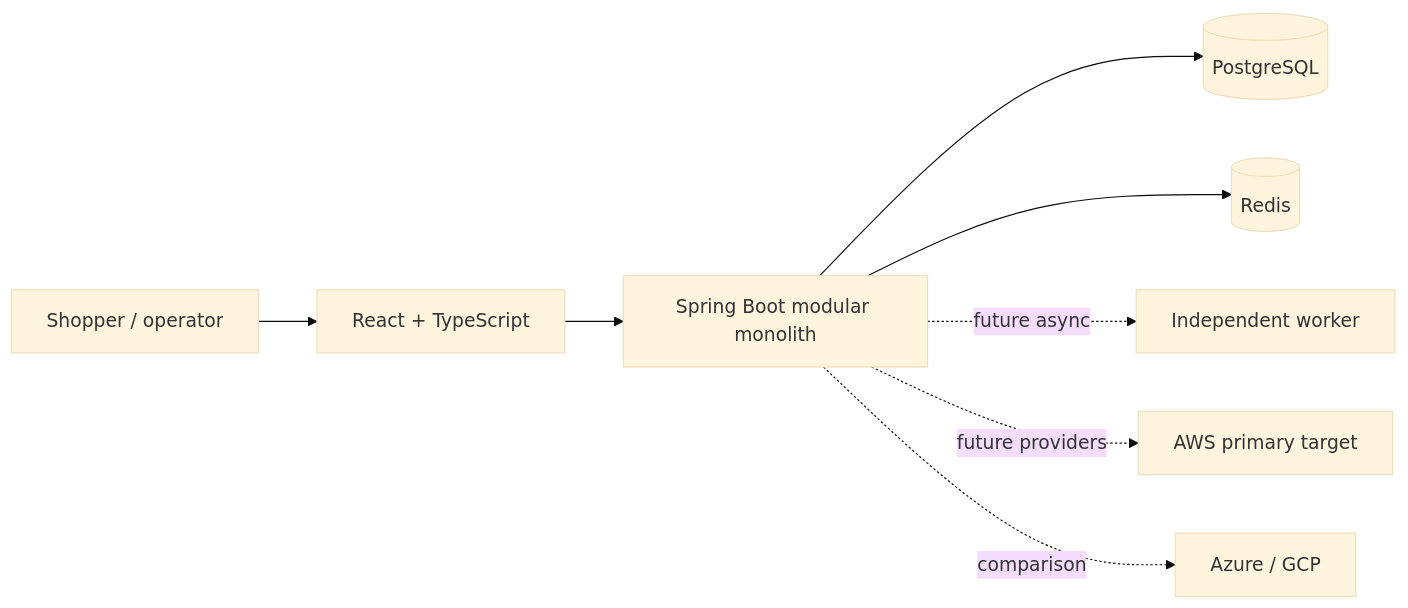
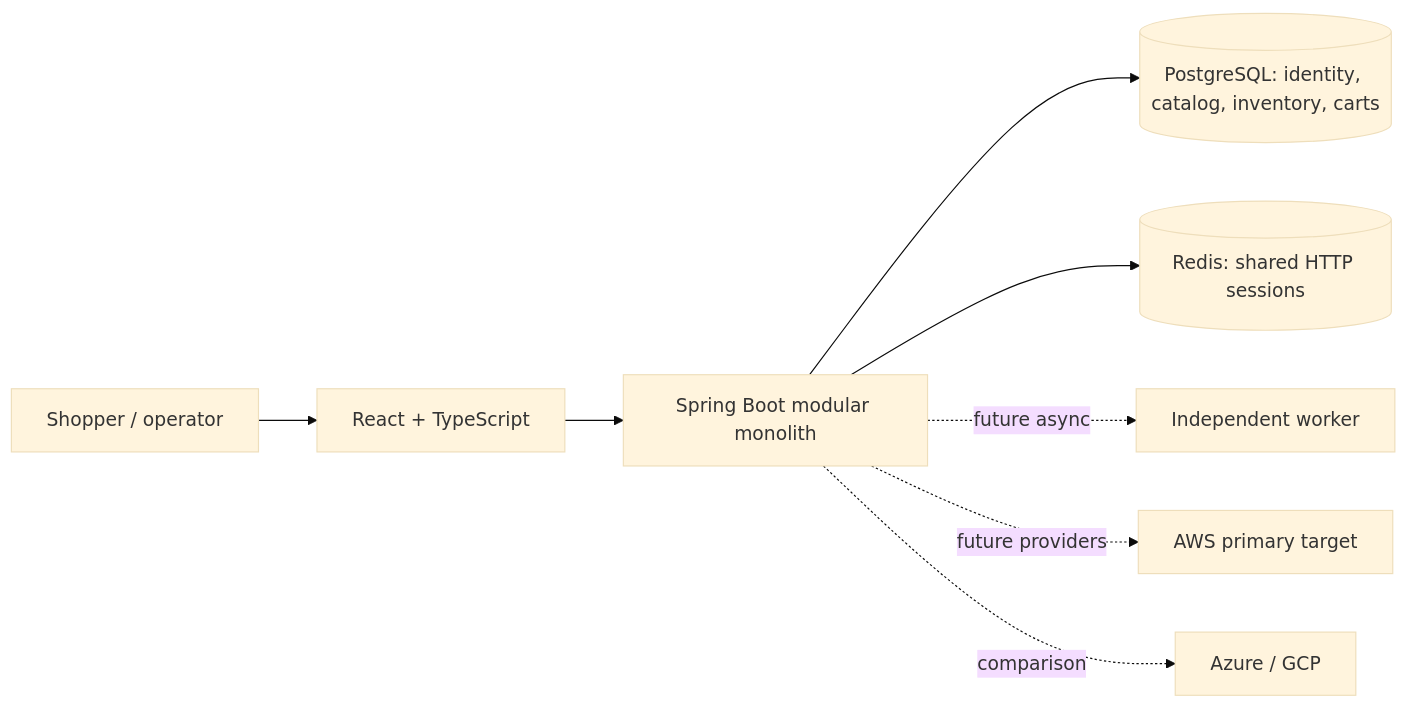
The diagram in docs/03-architecture/ARCHITECTURE_OVERVIEW.md (karkalashivareddy/KLH_CSE_Y25_2026-27_CDIS_S3_Team-9), drawn with Mermaid (base theme) before and after one commit. The commit also changed 50 other files, not shown here.

````diff
--- a/docs/03-architecture/ARCHITECTURE_OVERVIEW.md
+++ b/docs/03-architecture/ARCHITECTURE_OVERVIEW.md
@@ -5,10 +5,10 @@
 ```mermaid
 flowchart LR
   User[Shopper / operator] --> Web[React + TypeScript]
   Web --> API[Spring Boot modular monolith]
-  API --> PG[(PostgreSQL)]
-  API --> Redis[(Redis)]
+  API --> PG[(PostgreSQL: identity, catalog, inventory, carts)]
+  API --> Redis[(Redis: shared HTTP sessions)]
   API -. future async .-> Worker[Independent worker]
   API -. future providers .-> AWS[AWS primary target]
   API -. comparison .-> Other[Azure / GCP]
 ```
````
